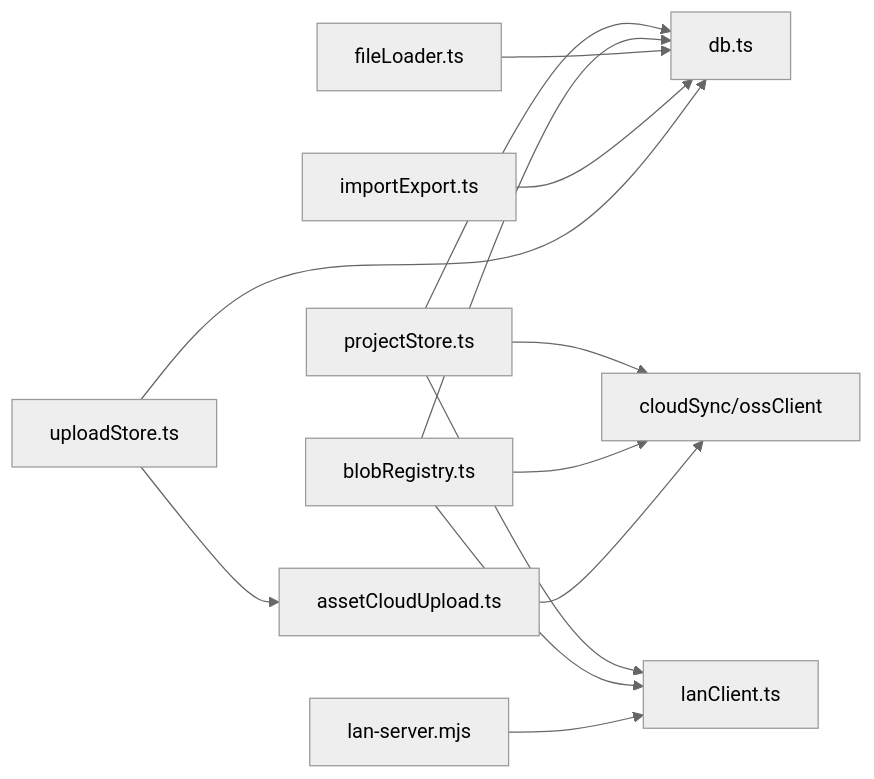
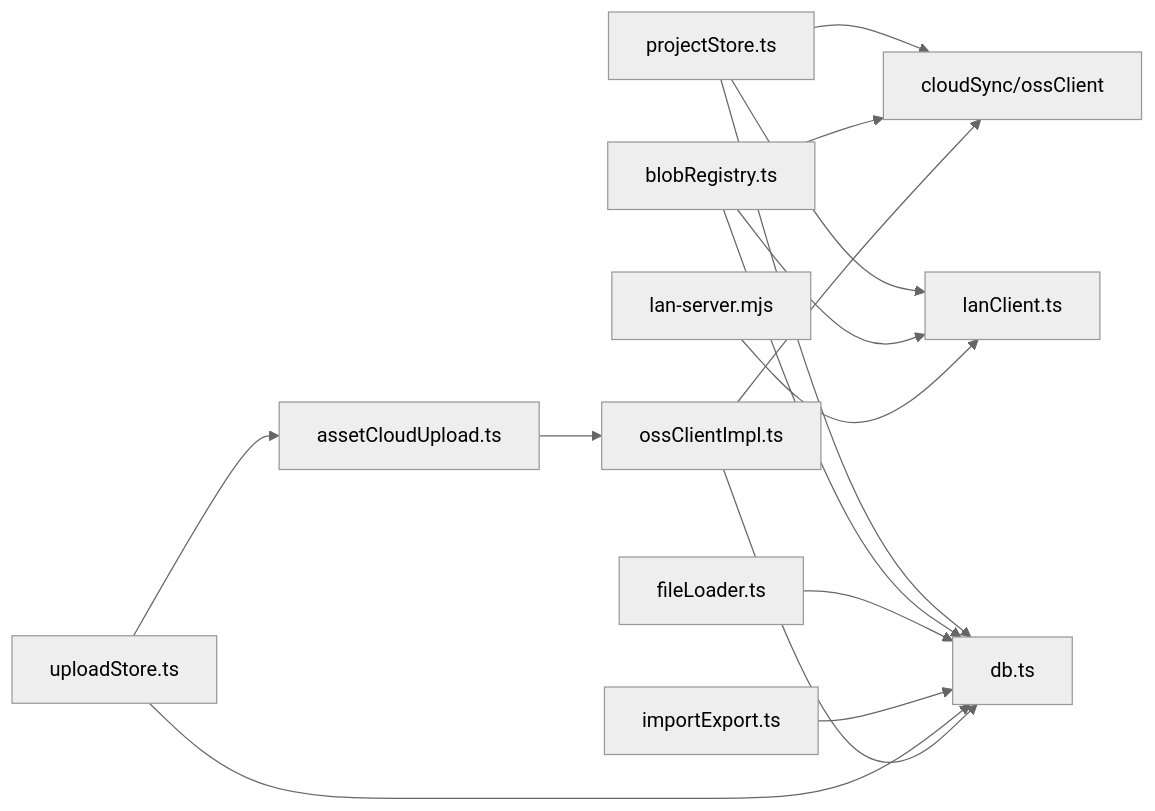
Before and after one commit to suqi-bot/SuQCanvas: diagram 11 of 11 in .qoder/repowiki/zh/content/数据持久化/IndexedDB 存储.md, drawn with Mermaid (neutral theme). The commit also changed other lines of this file and 10 other files, not shown here.

````diff
--- a/.qoder/repowiki/zh/content/数据持久化/IndexedDB 存储.md
+++ b/.qoder/repowiki/zh/content/数据持久化/IndexedDB 存储.md
@@ -394,15 +455,17 @@
 ```mermaid
 graph LR
 PS["projectStore.ts"] --> DB["db.ts"]
 PS --> LAN["lanClient.ts"]
 PS --> CLOUD["cloudSync/ossClient"]
 BR["blobRegistry.ts"] --> DB
 BR --> LAN
 BR --> CLOUD
 FL["fileLoader.ts"] --> DB
 IE["importExport.ts"] --> DB
 US["uploadStore.ts"] --> DB
 US --> ACU["assetCloudUpload.ts"]
-ACU --> CLOUD
+ACU --> OC["ossClientImpl.ts"]
+OC --> DB
+OC --> CLOUD
 LAN_S["lan-server.mjs"] --> LAN
 ```
````
